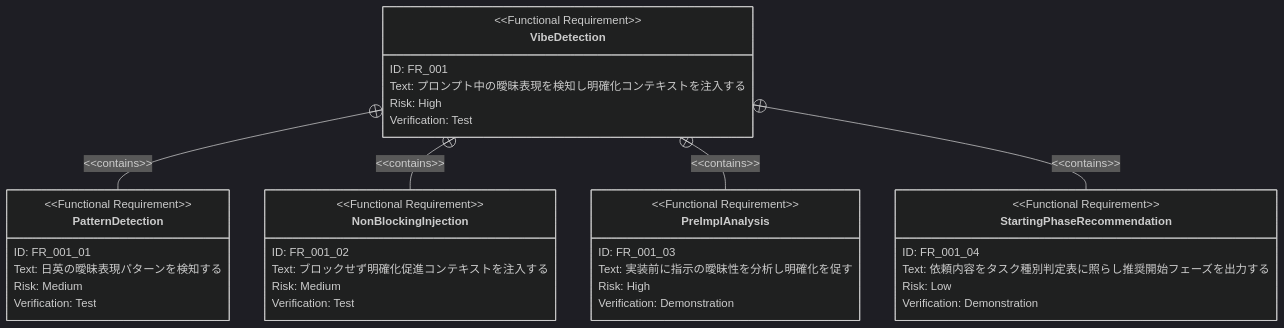
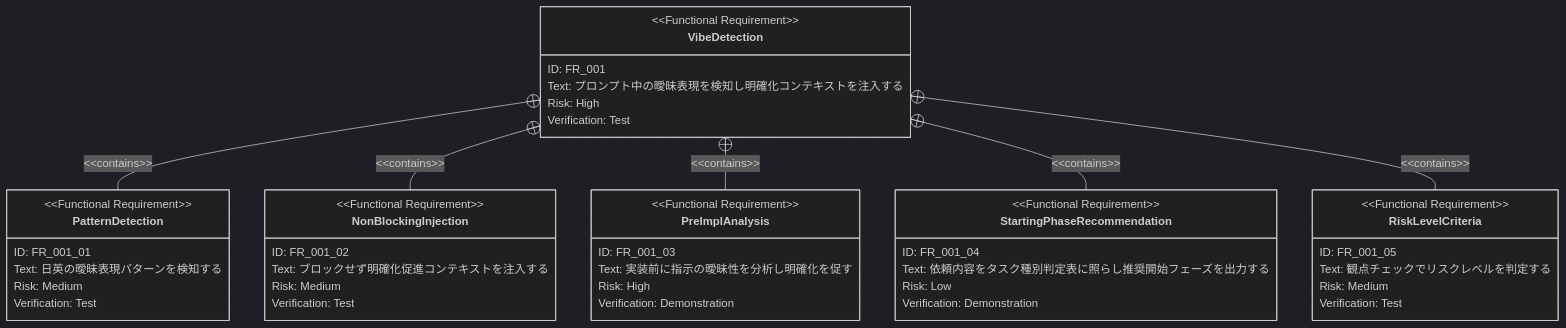
The second of 2 diagrams in .sdd/requirement/quality-guardrails/vibe-detection.md (ToshikiImagawa/ai-sdd-workflow-dev), drawn with Mermaid before and after one commit. The commit also changed other lines of this file and 2 other files, not shown here.

First line of the commit message:
docs: add risk level criteria requirement (FR_001_05) to vibe-detection PRD (Refs #9) (#201)

````diff
--- a/.sdd/requirement/quality-guardrails/vibe-detection.md
+++ b/.sdd/requirement/quality-guardrails/vibe-detection.md
@@ -68,43 +69,51 @@
 ```mermaid
 %%{init: {'theme': 'dark'}}%%
 requirementDiagram
     functionalRequirement VibeDetection {
         id: FR_001
         text: "プロンプト中の曖昧表現を検知し明確化コンテキストを注入する"
         risk: high
         verifymethod: test
     }
 
     functionalRequirement PatternDetection {
         id: FR_001_01
         text: "日英の曖昧表現パターンを検知する"
         risk: medium
         verifymethod: test
     }
 
     functionalRequirement NonBlockingInjection {
         id: FR_001_02
         text: "ブロックせず明確化促進コンテキストを注入する"
         risk: medium
         verifymethod: test
     }
 
     functionalRequirement PreImplAnalysis {
         id: FR_001_03
         text: "実装前に指示の曖昧性を分析し明確化を促す"
         risk: high
         verifymethod: demonstration
     }
 
     functionalRequirement StartingPhaseRecommendation {
         id: FR_001_04
         text: "依頼内容をタスク種別判定表に照らし推奨開始フェーズを出力する"
         risk: low
         verifymethod: demonstration
     }
 
+    functionalRequirement RiskLevelCriteria {
+        id: FR_001_05
+        text: "観点チェックでリスクレベルを判定する"
+        risk: medium
+        verifymethod: test
+    }
+
     VibeDetection - contains -> PatternDetection
     VibeDetection - contains -> NonBlockingInjection
     VibeDetection - contains -> PreImplAnalysis
     VibeDetection - contains -> StartingPhaseRecommendation
+    VibeDetection - contains -> RiskLevelCriteria
 ```
````
